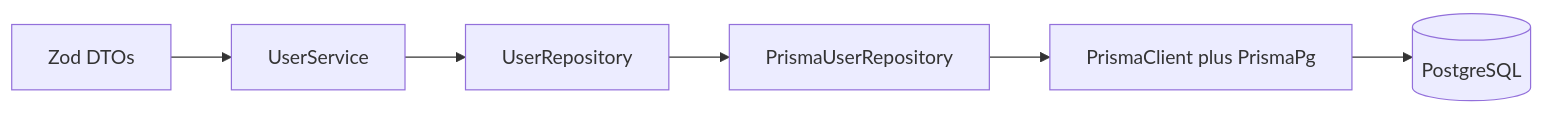
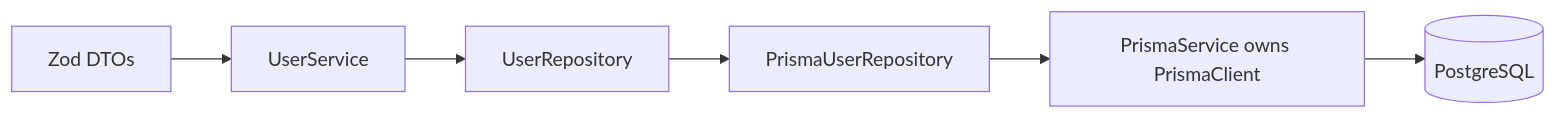
One commit to isaaclfelix/sample-nestjs-project changed the second of 5 diagrams in docs/architecture.md. Above: the diagram before and after it, drawn with Mermaid. The commit also changed other lines of this file and 3 other files, not shown here.

First line of the commit message:
refactor(db): compose PrismaService with PrismaClient

````diff
--- a/docs/architecture.md
+++ b/docs/architecture.md
@@ -145,10 +145,10 @@
 ```mermaid
 flowchart LR
   http[Zod DTOs]
   svc[UserService]
   port[UserRepository]
   adapter[PrismaUserRepository]
-  client[PrismaClient plus PrismaPg]
+  prismaSvc[PrismaService owns PrismaClient]
   db[(PostgreSQL)]
-  http --> svc --> port --> adapter --> client --> db
+  http --> svc --> port --> adapter --> prismaSvc --> db
 ```
````
